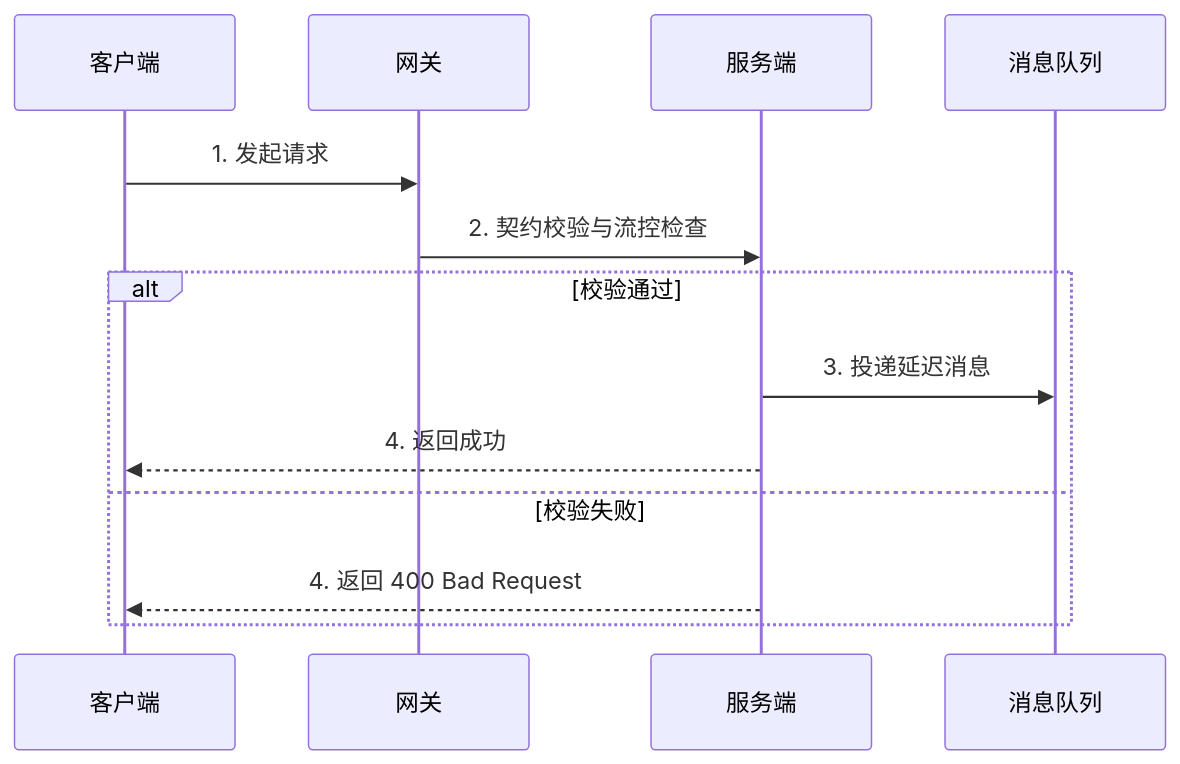
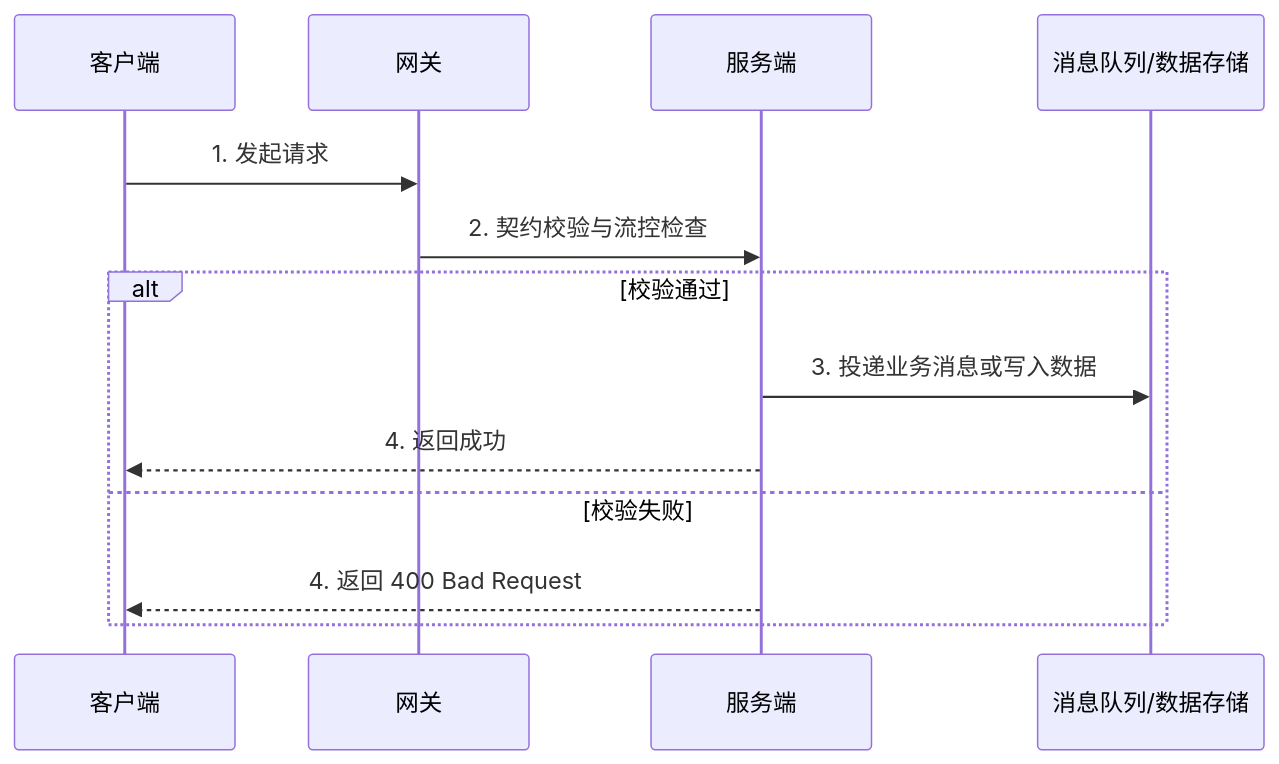
The diagram in documentation-standards/resources/templates/05_功能行为定义_模板.md (w779173278/skills), drawn with Mermaid before and after one commit. The commit also changed other lines of this file and 5 other files, not shown here.

````diff
--- a/documentation-standards/resources/templates/05_功能行为定义_模板.md
+++ b/documentation-standards/resources/templates/05_功能行为定义_模板.md
@@ -8,16 +8,16 @@
 ```mermaid
 sequenceDiagram
     participant C as 客户端
     participant G as 网关
     participant S as 服务端
-    participant MQ as 消息队列
+    participant MQ as 消息队列/数据存储
 
     C->>G: 1. 发起请求
     G->>S: 2. 契约校验与流控检查
     alt 校验通过
-        S->>MQ: 3. 投递延迟消息
+        S->>MQ: 3. 投递业务消息或写入数据
         S-->>C: 4. 返回成功
     else 校验失败
         S-->>C: 4. 返回 400 Bad Request
     end
 ```
````
